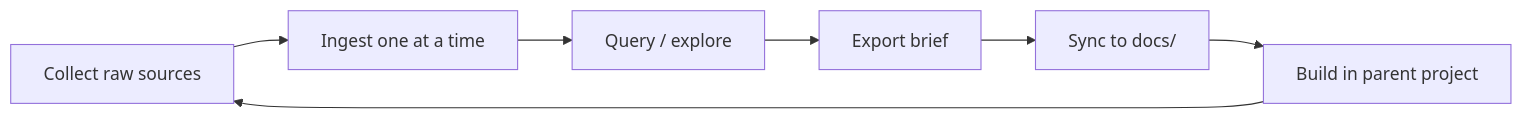
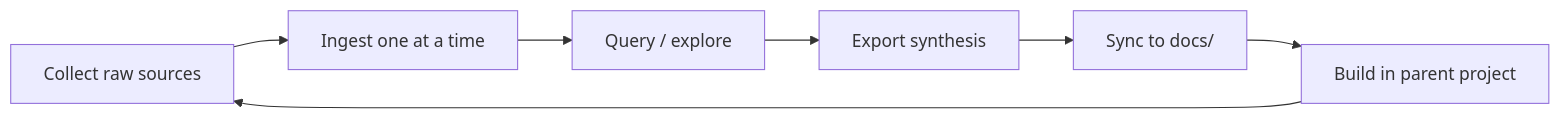
One commit to williamjxj/project-wiki changed the diagram in README.md. Above: the diagram before and after it, drawn with Mermaid. The commit also changed other lines of this file and 10 other files, not shown here.

Commit message:
feat: add synthesis export template docs

````diff
--- a/README.md
+++ b/README.md
@@ -137,9 +139,9 @@
 ```mermaid
 flowchart LR
     A[Collect raw sources] --> B[Ingest one at a time]
     B --> C[Query / explore]
-    C --> D[Export brief]
+    C --> D[Export synthesis]
     D --> E[Sync to docs/]
     E --> F[Build in parent project]
     F --> A
 ```
````
